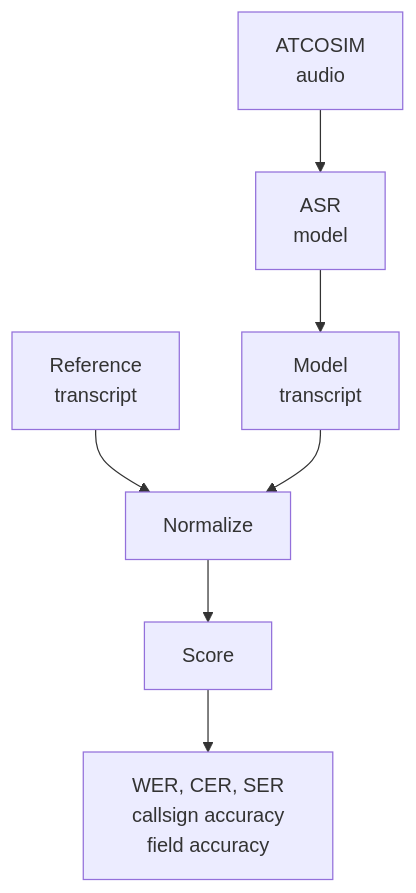
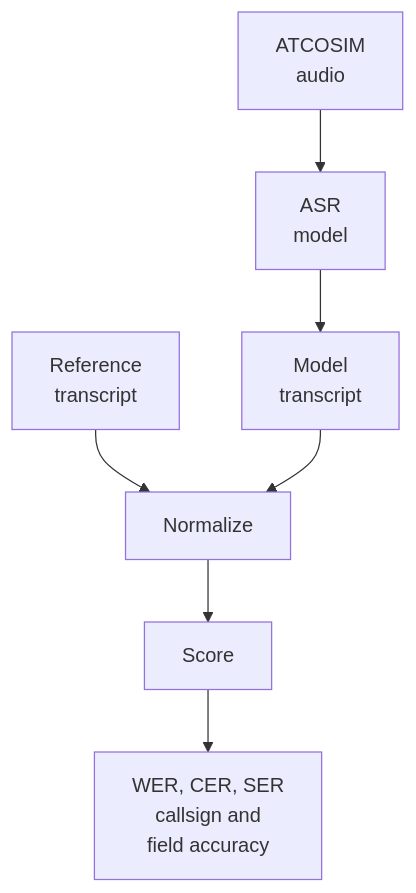
The diagram in README.md (Photnix/STT-model-evaluation-in-ATC), drawn with Mermaid before and after one commit. The commit also changed other lines of this file, not shown here.

Commit message:
Update accuracy metrics in README diagram

````diff
--- a/README.md
+++ b/README.md
@@ -117,8 +117,9 @@
 ```mermaid
+%%{init: {"flowchart": {"htmlLabels": false}}}%%
 flowchart TD
     A["ATCOSIM<br/>audio"] --> B["ASR<br/>model"] --> C["Model<br/>transcript"]
     D["Reference<br/>transcript"] --> E["Normalize"]
     C --> E
     E --> F["Score"]
-    F --> G["WER, CER, SER<br/>#nbsp;#nbsp;callsign accuracy#nbsp;#nbsp;<br/>field accuracy"]
+    F --> G["WER, CER, SER<br/>callsign and<br/>field accuracy"]
 ```
````
